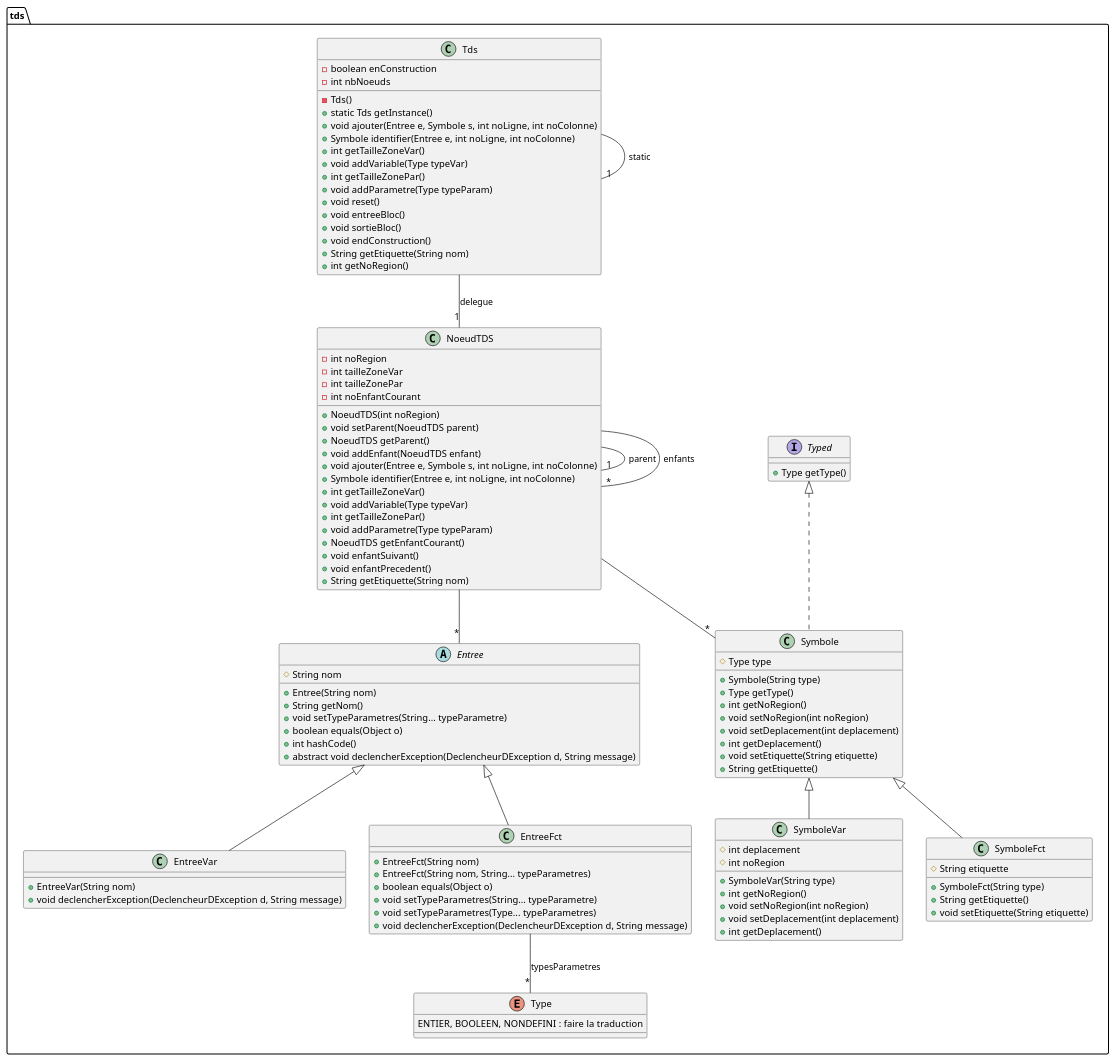
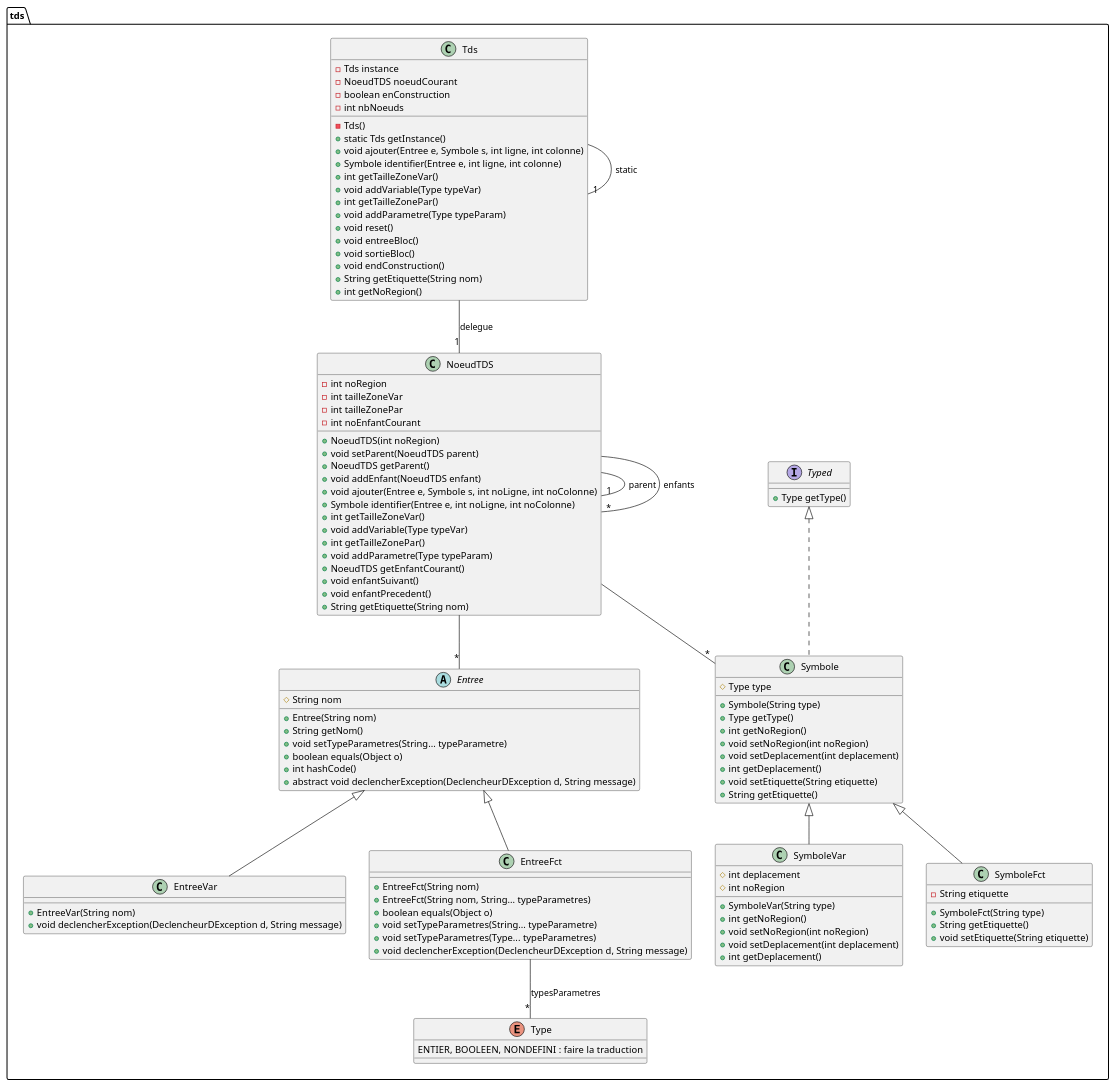
The diagram in src/Diagrammes/tds.puml (wehddn/L3-Compilation-Projet), drawn with PlantUML before and after one commit. The commit also changed 24 other files, not shown here.

Commit message:
Mise a jour selon le diagramme

```diff
--- a/src/Diagrammes/tds.puml
+++ b/src/Diagrammes/tds.puml
@@ -1,122 +1,124 @@
 @startuml
 together {
 	package tds {
 		together {
 
 			class Symbole implements Typed {
 				# Type type
 				+ Symbole(String type)
 				+ Type getType()
 				+ int getNoRegion()
 				+ void setNoRegion(int noRegion)
 				+ void setDeplacement(int deplacement)
 				+ int getDeplacement()
 				+ void setEtiquette(String etiquette)
 				+ String getEtiquette()
 			}
 
 			class SymboleVar extends Symbole {
 				# int deplacement
 				# int noRegion
 				+ SymboleVar(String type)
 				+ int getNoRegion()
 				+ void setNoRegion(int noRegion)
 				+ void setDeplacement(int deplacement)
 				+ int getDeplacement()
 			}
 
 			class SymboleFct extends Symbole {
-				# String etiquette
+				- String etiquette
 				+ SymboleFct(String type)
 				+ String getEtiquette()
 				+ void setEtiquette(String etiquette)
 			}
 		}
 
 		together {
 			abstract class Entree {
 				# String nom
 				+ Entree(String nom)
 				+ String getNom()
 				+ void setTypeParametres(String... typeParametre)
 				+ boolean equals(Object o)
 				+ int hashCode()
 				+ abstract void declencherException(DeclencheurDException d, String message)
 			}
 
 			class EntreeVar extends Entree {
 				+ EntreeVar(String nom)
 				+ void declencherException(DeclencheurDException d, String message)
 			}
 
 			class EntreeFct extends Entree {
 				+ EntreeFct(String nom)
 				+ EntreeFct(String nom, String... typeParametres)
 				+ boolean equals(Object o)
 				+ void setTypeParametres(String... typeParametre)
 				+ void setTypeParametres(Type... typeParametres)
 				+ void declencherException(DeclencheurDException d, String message)
 			}
 			EntreeFct --"*" Type : typesParametres
 		}
 
 		together {
 			class Tds {
+				- Tds instance
+				- NoeudTDS noeudCourant
 				- boolean enConstruction
 				- int nbNoeuds
 				- Tds()
 				+ static Tds getInstance()
-				+ void ajouter(Entree e, Symbole s, int noLigne, int noColonne)
-				+ Symbole identifier(Entree e, int noLigne, int noColonne)
+				+ void ajouter(Entree e, Symbole s, int ligne, int colonne)
+				+ Symbole identifier(Entree e, int ligne, int colonne)
 				+ int getTailleZoneVar()
 				+ void addVariable(Type typeVar)
 				+ int getTailleZonePar()
 				+ void addParametre(Type typeParam)
 				+ void reset()
 				+ void entreeBloc()
 				+ void sortieBloc()
 				+ void endConstruction()
 				+ String getEtiquette(String nom)
 				+ int getNoRegion()
 			}
 			Tds --"1" NoeudTDS : delegue
 			Tds --"1" Tds : static
 
 			class NoeudTDS {
 				- int noRegion
 				- int tailleZoneVar
 				- int tailleZonePar
 				- int noEnfantCourant
 				+ NoeudTDS(int noRegion)
 				+ void setParent(NoeudTDS parent)
 				+ NoeudTDS getParent()
 				+ void addEnfant(NoeudTDS enfant)
 				+ void ajouter(Entree e, Symbole s, int noLigne, int noColonne)
 				+ Symbole identifier(Entree e, int noLigne, int noColonne)
 				+ int getTailleZoneVar()
 				+ void addVariable(Type typeVar)
 				+ int getTailleZonePar()
 				+ void addParametre(Type typeParam)
 				+ NoeudTDS getEnfantCourant()
 				+ void enfantSuivant()
 				+ void enfantPrecedent()
 				+ String getEtiquette(String nom)
 			}
 			NoeudTDS --"*" Symbole
 			NoeudTDS --"*" Entree
 			NoeudTDS --"1" NoeudTDS : parent
 			NoeudTDS --"*" NoeudTDS : enfants
 		}
 
 		together {
 			enum Type {
 				ENTIER, BOOLEEN, NONDEFINI  : faire la traduction
 			}
 
 			Interface Typed {
 				+ Type getType()
 			}
 		}
 	}
 }
 @enduml
```
